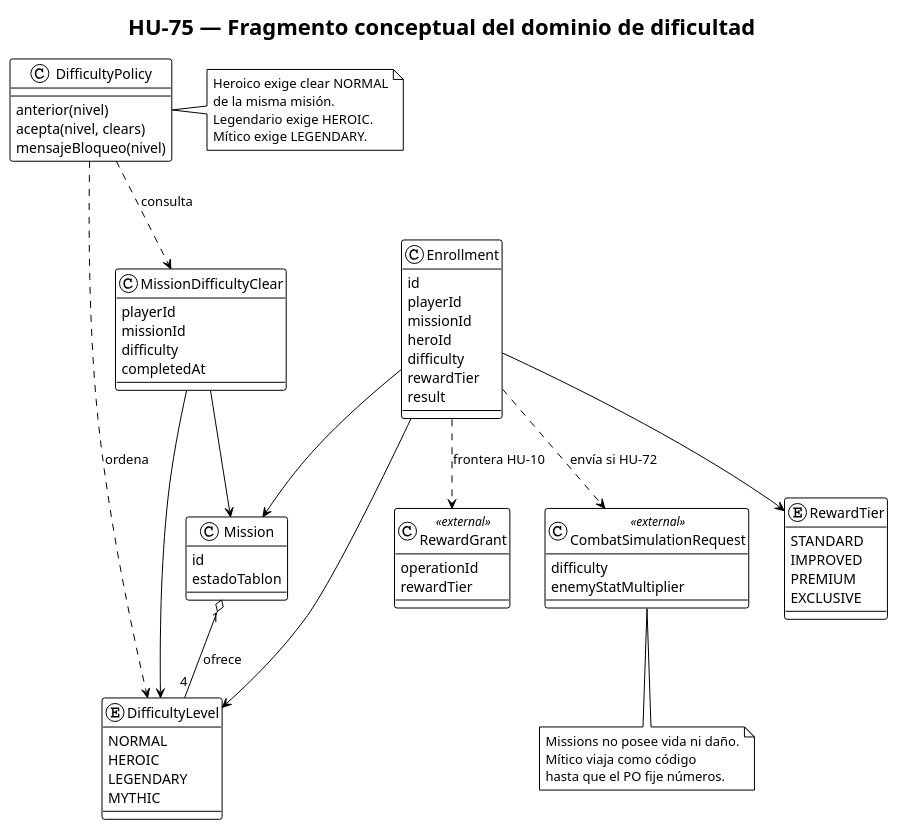
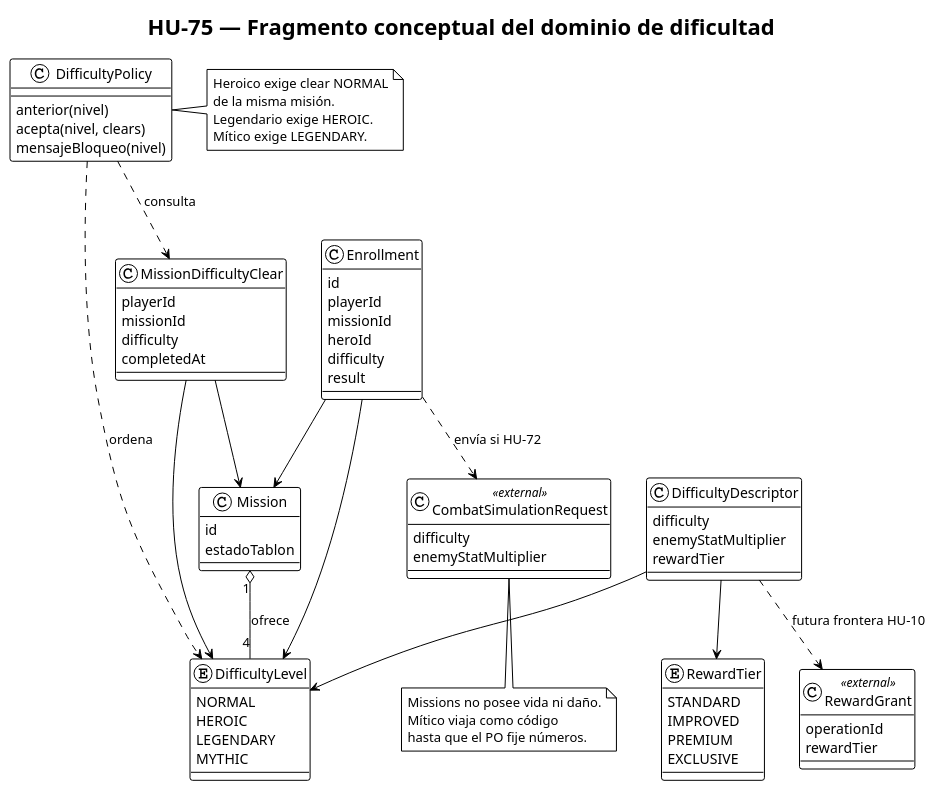
Before and after one commit to Nexus-Battle-VI/Nexus-Battle-Infrastructure: the diagram in docs/diagrams/hu-75-domain.puml, drawn with PlantUML. The commit also changed 6 other files, not shown here.

```diff
--- a/docs/diagrams/hu-75-domain.puml
+++ b/docs/diagrams/hu-75-domain.puml
@@ -1,84 +1,90 @@
 @startuml hu-75-domain
 !theme plain
 title HU-75 — Fragmento conceptual del dominio de dificultad
 
 skinparam defaultFontName sans-serif
 skinparam classAttributeIconSize 0
 
 class Mission {
   id
   estadoTablon
 }
 
 enum DifficultyLevel {
   NORMAL
   HEROIC
   LEGENDARY
   MYTHIC
 }
 
 class DifficultyPolicy {
   anterior(nivel)
   acepta(nivel, clears)
   mensajeBloqueo(nivel)
 }
 
 class MissionDifficultyClear {
   playerId
   missionId
   difficulty
   completedAt
 }
 
 class Enrollment {
   id
   playerId
   missionId
   heroId
   difficulty
+  result
+}
+
+class DifficultyDescriptor {
+  difficulty
+  enemyStatMultiplier
   rewardTier
-  result
 }
 
 enum RewardTier {
   STANDARD
   IMPROVED
   PREMIUM
   EXCLUSIVE
 }
 
 class CombatSimulationRequest <<external>> {
   difficulty
   enemyStatMultiplier
 }
 
 class RewardGrant <<external>> {
   operationId
   rewardTier
 }
 
 Mission "1" o-- "4" DifficultyLevel : ofrece
 Enrollment --> Mission
 Enrollment --> DifficultyLevel
-Enrollment --> RewardTier
+DifficultyDescriptor --> RewardTier
+DifficultyDescriptor --> DifficultyLevel
 MissionDifficultyClear --> Mission
 MissionDifficultyClear --> DifficultyLevel
 DifficultyPolicy ..> MissionDifficultyClear : consulta
 DifficultyPolicy ..> DifficultyLevel : ordena
 Enrollment ..> CombatSimulationRequest : envía si HU-72
-Enrollment ..> RewardGrant : frontera HU-10
+DifficultyDescriptor ..> RewardGrant : futura frontera HU-10
 
 note right of DifficultyPolicy
   Heroico exige clear NORMAL
   de la misma misión.
   Legendario exige HEROIC.
   Mítico exige LEGENDARY.
 end note
 
 note bottom of CombatSimulationRequest
   Missions no posee vida ni daño.
   Mítico viaja como código
   hasta que el PO fije números.
 end note
 
 @enduml
```
